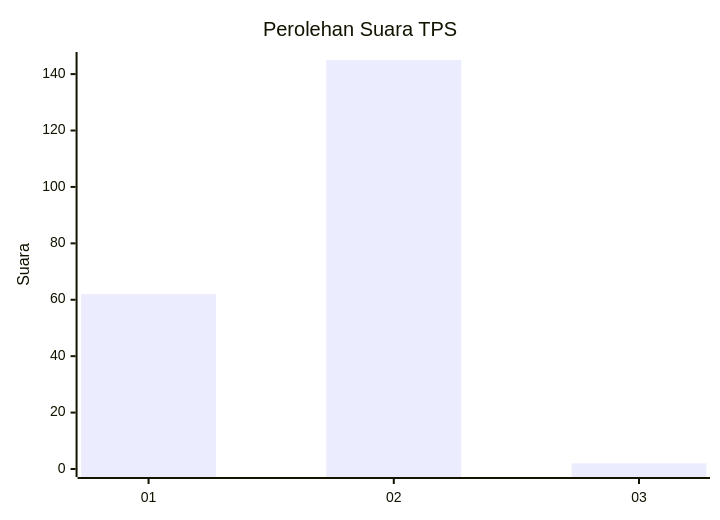
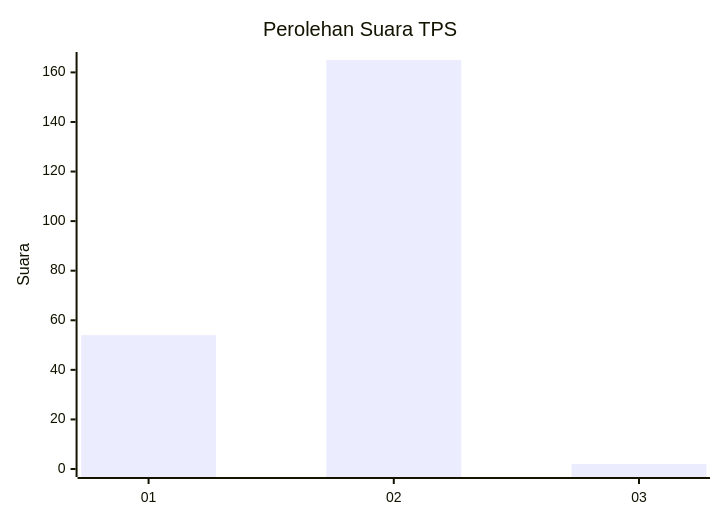
Before and after one commit to gigit-pemilu/pemilu-2024-52-nusa-tenggara-barat: the first of 2 diagrams in pilpres/hitung-suara/sub/52-nusa-tenggara-barat/sub/01-lombok-barat/sub/15-kuripan/sub/2002-jagaraga/sub/010-tps/README.md, drawn with Mermaid. The commit also changed other lines of this file and 143 other files, not shown here.

````diff
--- a/pilpres/hitung-suara/sub/52-nusa-tenggara-barat/sub/01-lombok-barat/sub/15-kuripan/sub/2002-jagaraga/sub/010-tps/README.md
+++ b/pilpres/hitung-suara/sub/52-nusa-tenggara-barat/sub/01-lombok-barat/sub/15-kuripan/sub/2002-jagaraga/sub/010-tps/README.md
@@ -5,7 +5,7 @@
 ```mermaid
 xychart-beta
     title "Perolehan Suara TPS"
     x-axis [01, 02, 03]
-    y-axis "Suara" 0 --> 145
-    bar [62, 145, 2]
+    y-axis "Suara" 0 --> 165
+    bar [54, 165, 2]
 ```
````
